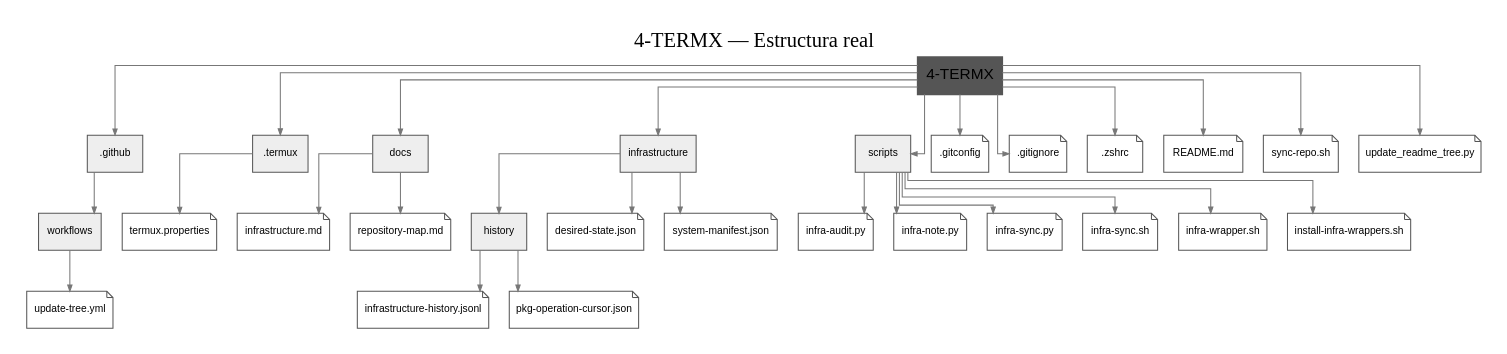
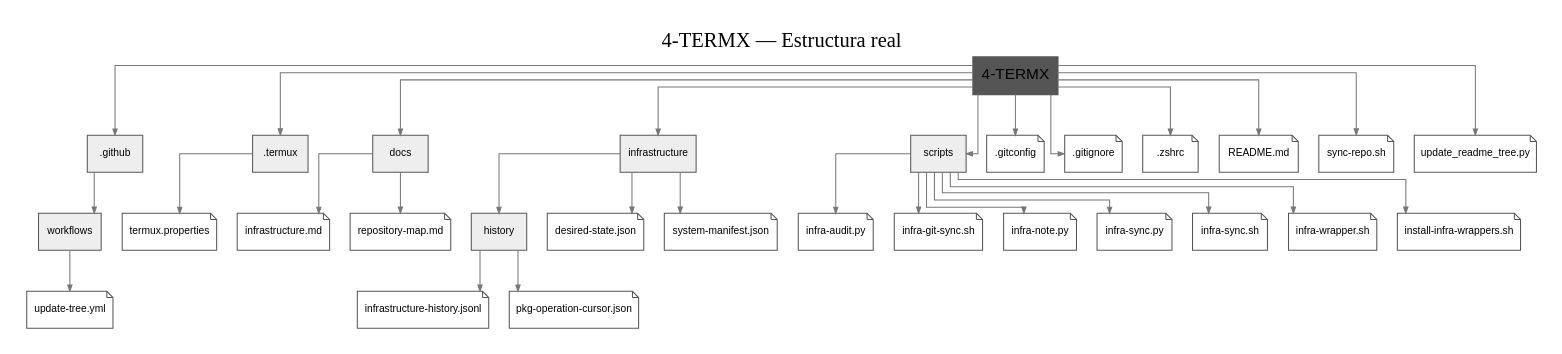
The diagram in docs/repository-structure.dot (benstellasanti/4-TERMX), drawn with Graphviz before and after one commit. The commit also changed 3 other files, not shown here.

```diff
--- a/docs/repository-structure.dot
+++ b/docs/repository-structure.dot
@@ -1,60 +1,62 @@
 digraph RepositoryStructure {
   graph [rankdir=TB, bgcolor="white", pad="0.25", nodesep="0.28", ranksep="0.55", splines=ortho, label="4-TERMX — Estructura real", labelloc=t, fontsize=20];
   node [fontname="Arial", fontsize=10, style="filled", color="#555555"];
   edge [color="#777777", arrowsize=0.6];
   root [label="4-TERMX", shape=box, style="filled,bold", fontsize=15];
   n__github [label=".github", shape=box, fillcolor="#eeeeee"];
   n__termux [label=".termux", shape=box, fillcolor="#eeeeee"];
   n_docs [label="docs", shape=box, fillcolor="#eeeeee"];
   n_infrastructure [label="infrastructure", shape=box, fillcolor="#eeeeee"];
   n_scripts [label="scripts", shape=box, fillcolor="#eeeeee"];
   n__github_workflows [label="workflows", shape=box, fillcolor="#eeeeee"];
   n_infrastructure_history [label="history", shape=box, fillcolor="#eeeeee"];
   n__gitconfig [label=".gitconfig", shape=note, fillcolor="white"];
   root -> n__gitconfig;
   n__github_workflows_update_tree_yml [label="update-tree.yml", shape=note, fillcolor="white"];
   n__github_workflows -> n__github_workflows_update_tree_yml;
   n__gitignore [label=".gitignore", shape=note, fillcolor="white"];
   root -> n__gitignore;
   n__termux_termux_properties [label="termux.properties", shape=note, fillcolor="white"];
   n__termux -> n__termux_termux_properties;
   n__zshrc [label=".zshrc", shape=note, fillcolor="white"];
   root -> n__zshrc;
   n_README_md [label="README.md", shape=note, fillcolor="white"];
   root -> n_README_md;
   n_docs_infrastructure_md [label="infrastructure.md", shape=note, fillcolor="white"];
   n_docs -> n_docs_infrastructure_md;
   n_docs_repository_map_md [label="repository-map.md", shape=note, fillcolor="white"];
   n_docs -> n_docs_repository_map_md;
   n_infrastructure_desired_state_json [label="desired-state.json", shape=note, fillcolor="white"];
   n_infrastructure -> n_infrastructure_desired_state_json;
   n_infrastructure_history_infrastructure_history_jsonl [label="infrastructure-history.jsonl", shape=note, fillcolor="white"];
   n_infrastructure_history -> n_infrastructure_history_infrastructure_history_jsonl;
   n_infrastructure_history_pkg_operation_cursor_json [label="pkg-operation-cursor.json", shape=note, fillcolor="white"];
   n_infrastructure_history -> n_infrastructure_history_pkg_operation_cursor_json;
   n_infrastructure_system_manifest_json [label="system-manifest.json", shape=note, fillcolor="white"];
   n_infrastructure -> n_infrastructure_system_manifest_json;
   n_scripts_infra_audit_py [label="infra-audit.py", shape=note, fillcolor="white"];
   n_scripts -> n_scripts_infra_audit_py;
+  n_scripts_infra_git_sync_sh [label="infra-git-sync.sh", shape=note, fillcolor="white"];
+  n_scripts -> n_scripts_infra_git_sync_sh;
   n_scripts_infra_note_py [label="infra-note.py", shape=note, fillcolor="white"];
   n_scripts -> n_scripts_infra_note_py;
   n_scripts_infra_sync_py [label="infra-sync.py", shape=note, fillcolor="white"];
   n_scripts -> n_scripts_infra_sync_py;
   n_scripts_infra_sync_sh [label="infra-sync.sh", shape=note, fillcolor="white"];
   n_scripts -> n_scripts_infra_sync_sh;
   n_scripts_infra_wrapper_sh [label="infra-wrapper.sh", shape=note, fillcolor="white"];
   n_scripts -> n_scripts_infra_wrapper_sh;
   n_scripts_install_infra_wrappers_sh [label="install-infra-wrappers.sh", shape=note, fillcolor="white"];
   n_scripts -> n_scripts_install_infra_wrappers_sh;
   n_sync_repo_sh [label="sync-repo.sh", shape=note, fillcolor="white"];
   root -> n_sync_repo_sh;
   n_update_readme_tree_py [label="update_readme_tree.py", shape=note, fillcolor="white"];
   root -> n_update_readme_tree_py;
   root -> n__github;
   root -> n__termux;
   root -> n_docs;
   root -> n_infrastructure;
   root -> n_scripts;
   n__github -> n__github_workflows;
   n_infrastructure -> n_infrastructure_history;
 }
```
